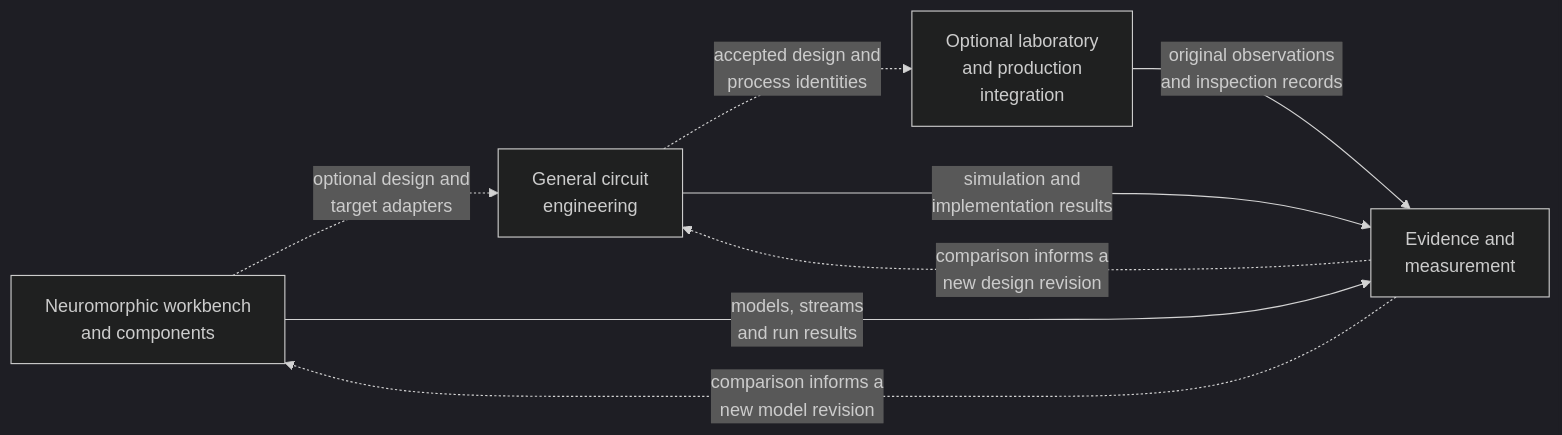
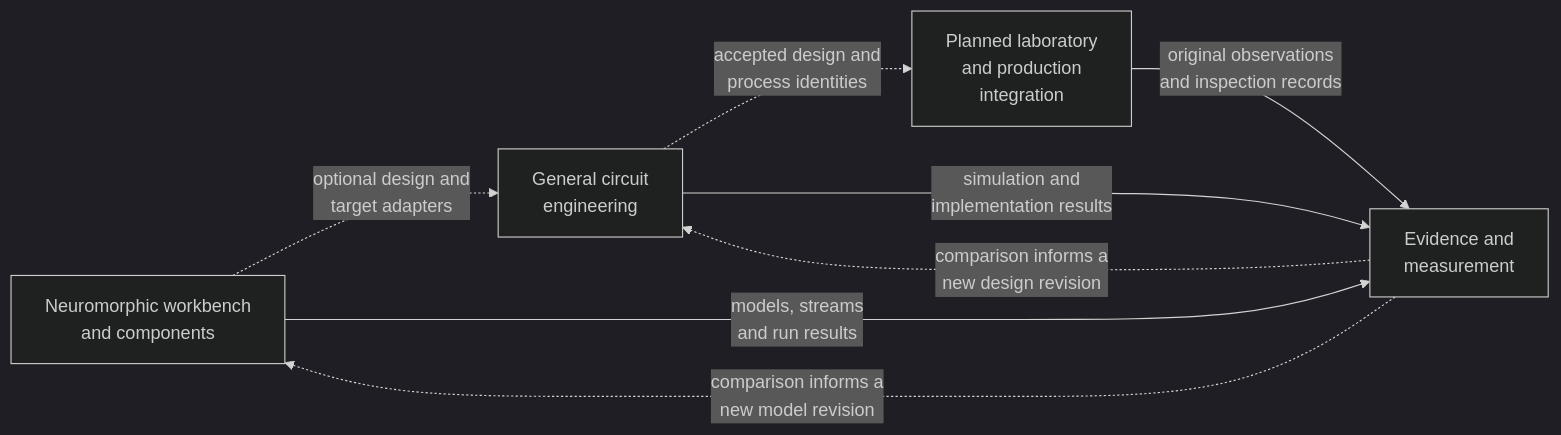
Before and after one commit to anulum/sc-neurocore: the diagram in docs/ecosystem.md, drawn with Mermaid (dark theme). The commit also changed other lines of this file and 18 other files, not shown here.

````diff
--- a/docs/ecosystem.md
+++ b/docs/ecosystem.md
@@ -209,14 +209,14 @@
 ```mermaid
 flowchart LR
     N["Neuromorphic workbench<br/>and components"]
     C["General circuit<br/>engineering"]
-    P["Optional laboratory<br/>and production<br/>integration"]
+    P["Planned laboratory<br/>and production<br/>integration"]
     E["Evidence and<br/>measurement"]
     N -. "optional design and<br/>target adapters" .-> C
     C -. "accepted design and<br/>process identities" .-> P
     N -- "models, streams<br/>and run results" --> E
     C -- "simulation and<br/>implementation results" --> E
     P -- "original observations<br/>and inspection records" --> E
     E -. "comparison informs a<br/>new model revision" .-> N
     E -. "comparison informs a<br/>new design revision" .-> C
 ```
````
